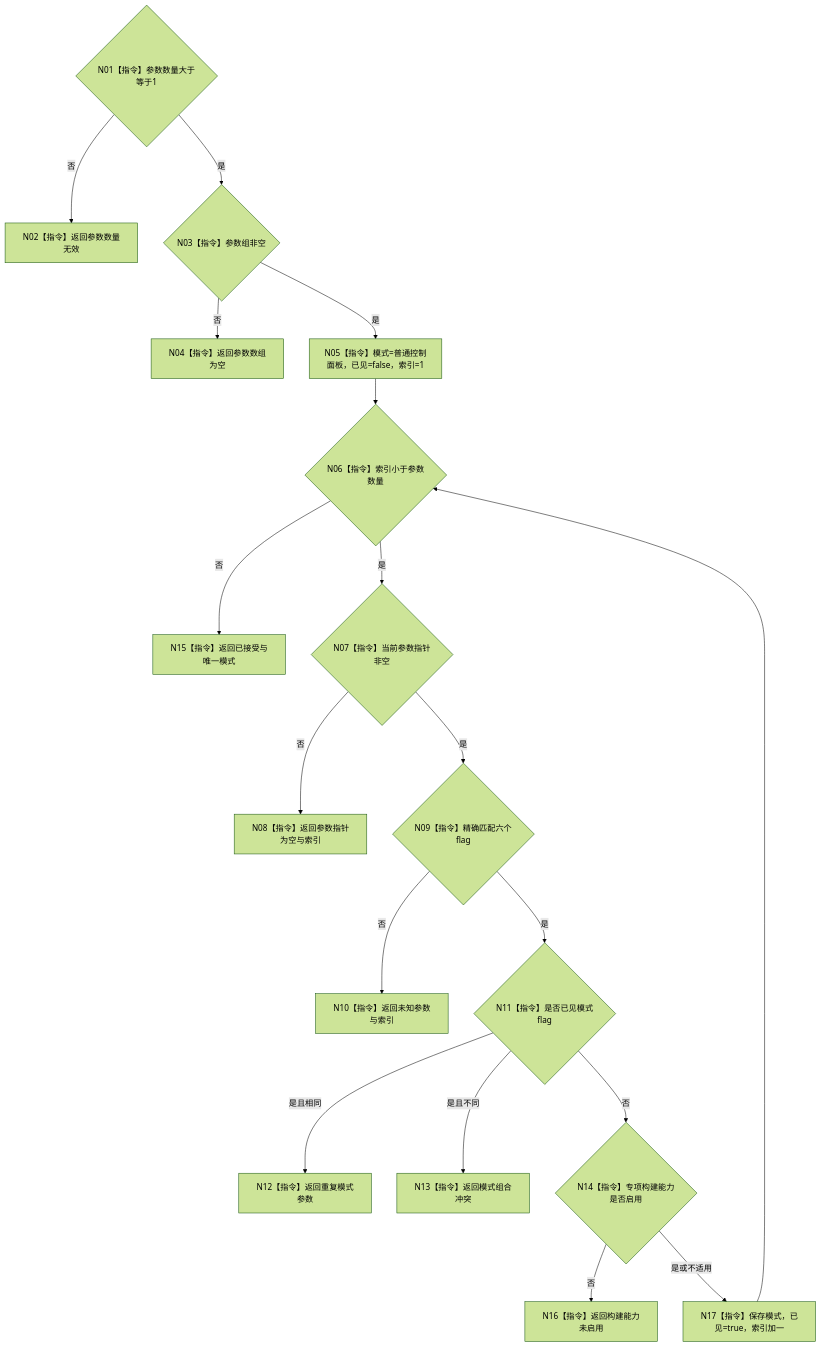
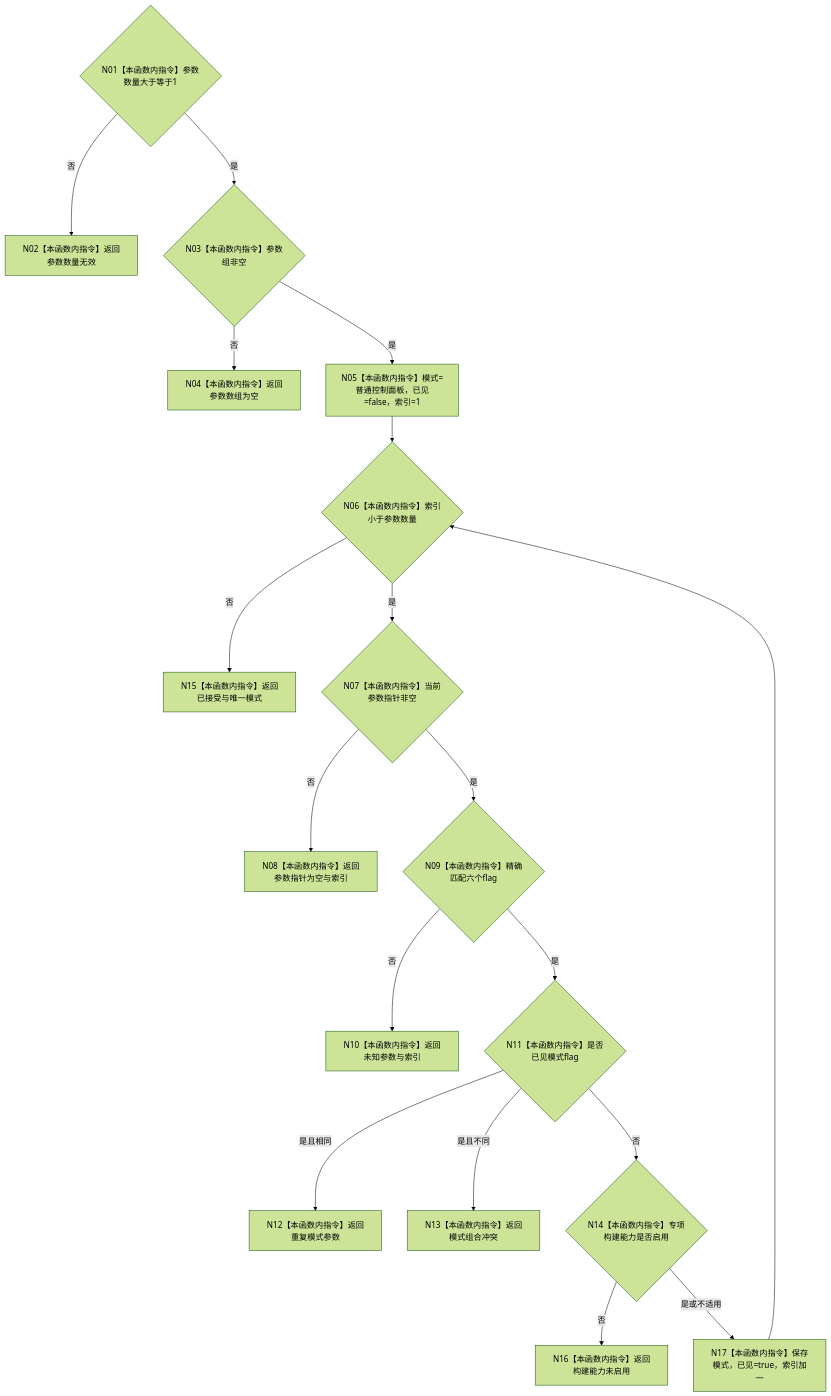
The diagram in 流程图/20260726_ENTRY-ONLY_F02_解析并验证启动选项_施工流程图_v0.1.md (chunhaizh-cyber/HY-Ego), drawn with Mermaid (forest theme) before and after one commit. The commit also changed other lines of this file and 88 other files, not shown here.

````diff
--- a/流程图/20260726_ENTRY-ONLY_F02_解析并验证启动选项_施工流程图_v0.1.md
+++ b/流程图/20260726_ENTRY-ONLY_F02_解析并验证启动选项_施工流程图_v0.1.md
@@ -9,20 +29,20 @@
 ```mermaid
 flowchart TD
-    N01{"N01【指令】参数数量大于等于1"} -- "否" --> R1["N02【指令】返回参数数量无效"]
-    N01 -- "是" --> N03{"N03【指令】参数组非空"}
-    N03 -- "否" --> R2["N04【指令】返回参数数组为空"]
-    N03 -- "是" --> N05["N05【指令】模式=普通控制面板，已见=false，索引=1"]
-    N05 --> N06{"N06【指令】索引小于参数数量"}
-    N06 -- "否" --> N15["N15【指令】返回已接受与唯一模式"]
-    N06 -- "是" --> N07{"N07【指令】当前参数指针非空"}
-    N07 -- "否" --> R3["N08【指令】返回参数指针为空与索引"]
-    N07 -- "是" --> N09{"N09【指令】精确匹配六个flag"}
-    N09 -- "否" --> R4["N10【指令】返回未知参数与索引"]
-    N09 -- "是" --> N11{"N11【指令】是否已见模式flag"}
-    N11 -- "是且相同" --> R5["N12【指令】返回重复模式参数"]
-    N11 -- "是且不同" --> R6["N13【指令】返回模式组合冲突"]
-    N11 -- "否" --> N14{"N14【指令】专项构建能力是否启用"}
-    N14 -- "否" --> R7["N16【指令】返回构建能力未启用"]
-    N14 -- "是或不适用" --> N17["N17【指令】保存模式，已见=true，索引加一"]
+    N01{"N01【本函数内指令】参数数量大于等于1"} -- "否" --> R1["N02【本函数内指令】返回参数数量无效"]
+    N01 -- "是" --> N03{"N03【本函数内指令】参数组非空"}
+    N03 -- "否" --> R2["N04【本函数内指令】返回参数数组为空"]
+    N03 -- "是" --> N05["N05【本函数内指令】模式=普通控制面板，已见=false，索引=1"]
+    N05 --> N06{"N06【本函数内指令】索引小于参数数量"}
+    N06 -- "否" --> N15["N15【本函数内指令】返回已接受与唯一模式"]
+    N06 -- "是" --> N07{"N07【本函数内指令】当前参数指针非空"}
+    N07 -- "否" --> R3["N08【本函数内指令】返回参数指针为空与索引"]
+    N07 -- "是" --> N09{"N09【本函数内指令】精确匹配六个flag"}
+    N09 -- "否" --> R4["N10【本函数内指令】返回未知参数与索引"]
+    N09 -- "是" --> N11{"N11【本函数内指令】是否已见模式flag"}
+    N11 -- "是且相同" --> R5["N12【本函数内指令】返回重复模式参数"]
+    N11 -- "是且不同" --> R6["N13【本函数内指令】返回模式组合冲突"]
+    N11 -- "否" --> N14{"N14【本函数内指令】专项构建能力是否启用"}
+    N14 -- "否" --> R7["N16【本函数内指令】返回构建能力未启用"]
+    N14 -- "是或不适用" --> N17["N17【本函数内指令】保存模式，已见=true，索引加一"]
     N17 --> N06
 ```
````
